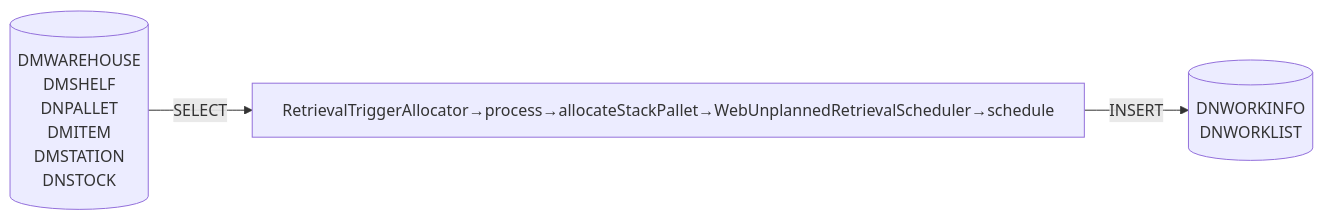
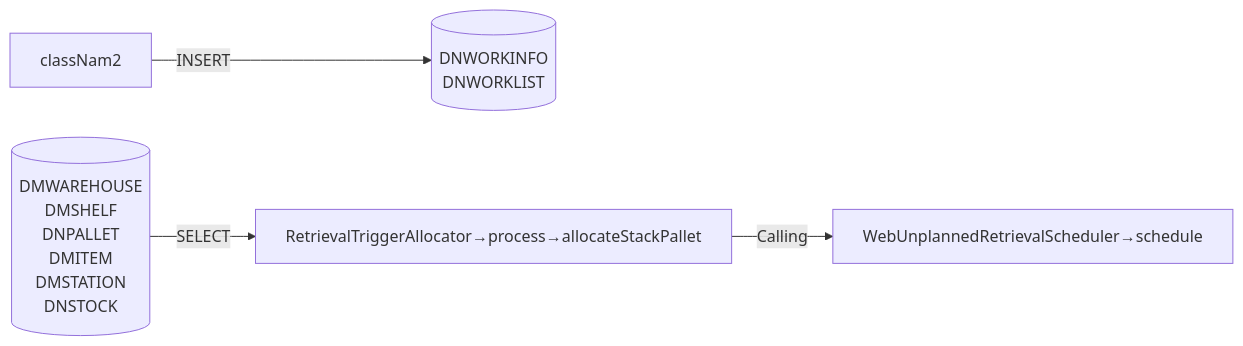
One commit to luthfiadityaa/SimeDarby-Wiki changed the ninth of 15 diagrams in Basic-Design/DFD-WMS/Retrieval/Stacked-Empty-Pallet.md. Above: the diagram before and after it, drawn with Mermaid.

Commit message:
Updated Stacked Empty Pallet

```diff
--- a/Basic-Design/DFD-WMS/Retrieval/Stacked-Empty-Pallet.md
+++ b/Basic-Design/DFD-WMS/Retrieval/Stacked-Empty-Pallet.md
@@ -235,24 +235,25 @@
 ::: mermaid
 flowchart LR    
 
     tableList-insert[("
         DNWORKINFO
         DNWORKLIST
     ")]
 
      tableList-select[("
         DMWAREHOUSE
         DMSHELF
         DNPALLET
         DMITEM
         DMSTATION
         DNSTOCK
     ")]
 
-    className[RetrievalTriggerAllocator→process→allocateStackPallet→WebUnplannedRetrievalScheduler→schedule]
-
-    className --> |INSERT| tableList-insert
+    className[RetrievalTriggerAllocator→process→allocateStackPallet]
+    className2[WebUnplannedRetrievalScheduler→schedule]
+    className--> |Calling| className2
+    classNam2 --> |INSERT| tableList-insert
     tableList-select --> |SELECT| className
     classDef leftAlign text-align:left;
     class input leftAlign;
 :::
```
